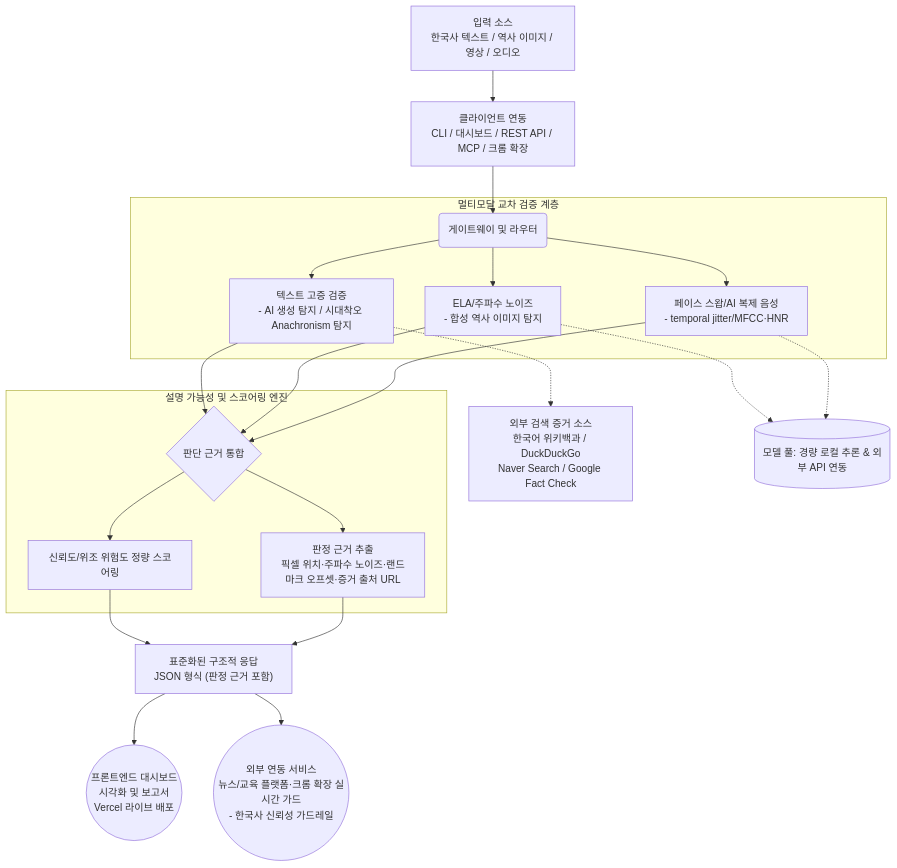
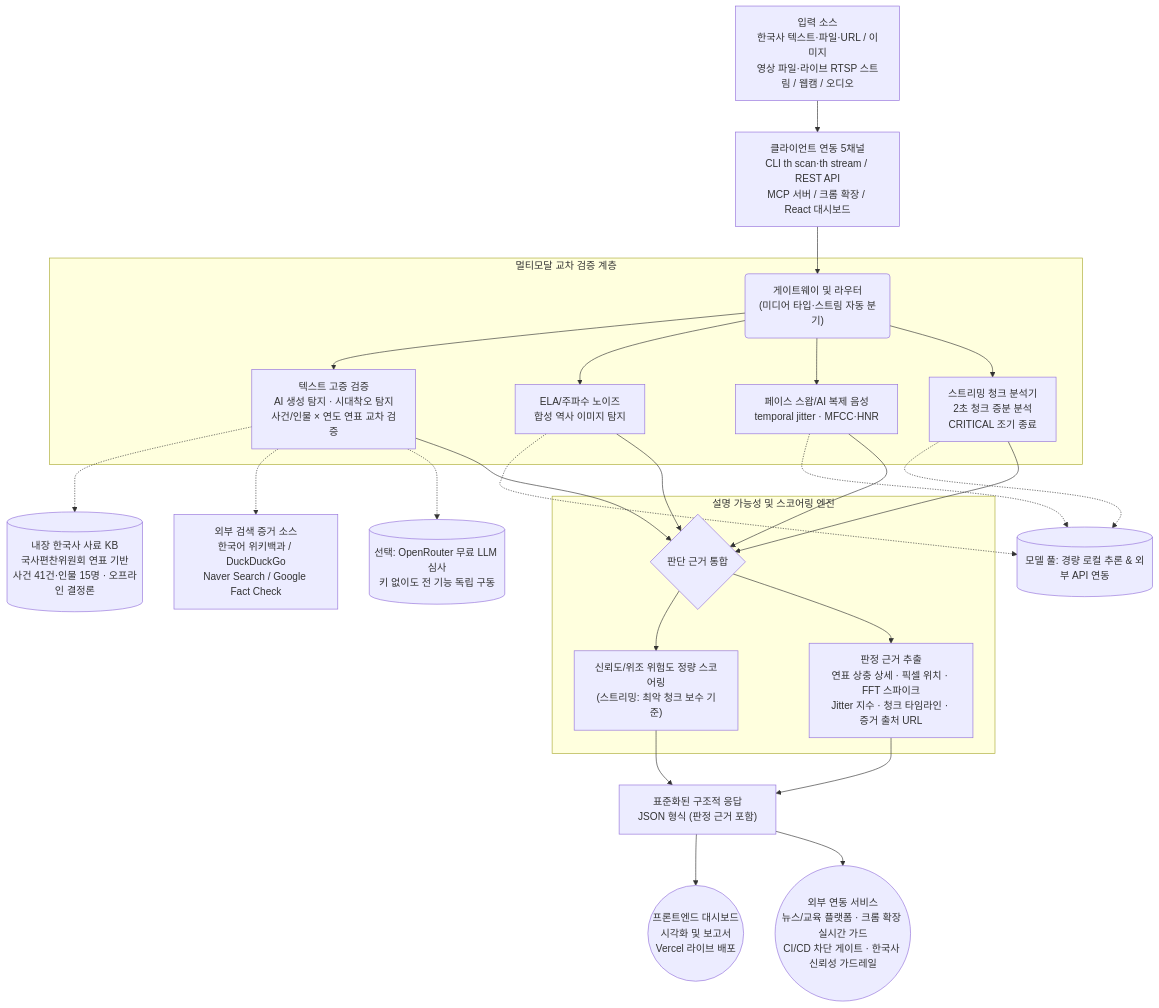
Before and after one commit to kimneche0419-rgb/TURTH_GUARD: the diagram in PROJECT_PIPELINE.md, drawn with Mermaid. The commit also changed other lines of this file, not shown here.

Commit message:
docs: 파이프라인을 현재 아키텍처로 업데이트 - 내장 한국사 사료 KB·스트리밍 청크 분석기·OpenRouter LLM 심사·5개 클라이언트 채널 반영 (mermaid v11 파싱 검증)

````diff
--- a/PROJECT_PIPELINE.md
+++ b/PROJECT_PIPELINE.md
@@ -31,40 +31,47 @@
 ```mermaid
 graph TD
     %% 1. 입출력 계층
-    Input[입력 소스\n한국사 텍스트 / 역사 이미지 / 영상 / 오디오]
-    Client[클라이언트 연동\nCLI / 대시보드 / REST API / MCP / 크롬 확장]
-    
+    Input["입력 소스<br/>한국사 텍스트·파일·URL / 이미지<br/>영상 파일·라이브 RTSP 스트림 / 웹캠 / 오디오"]
+    Client["클라이언트 연동 5채널<br/>CLI th scan·th stream / REST API<br/>MCP 서버 / 크롬 확장 / React 대시보드"]
+
     Input --> Client
-    
+
     %% 2. 게이트웨이 및 라우팅 계층
-    Client --> API_GW(게이트웨이 및 라우터)
-    
-    %% 3. 멀티모달 분석 계층 (Multimodal Analyzer)
+    Client --> API_GW("게이트웨이 및 라우터<br/>(미디어 타입·스트림 자동 분기)")
+
+    %% 3. 멀티모달 교차 검증 계층
     subgraph SG3["멀티모달 교차 검증 계층"]
-        API_GW --> Text_Mod[텍스트 고증 검증\n- AI 생성 탐지 / 시대착오 Anachronism 탐지]
-        API_GW --> Img_Mod[ELA/주파수 노이즈\n- 합성 역사 이미지 탐지]
-        API_GW --> Vid_Mod[페이스 스왑/AI 복제 음성\n- temporal jitter/MFCC·HNR]
+        API_GW --> Text_Mod["텍스트 고증 검증<br/>AI 생성 탐지 · 시대착오 탐지<br/>사건/인물 × 연도 연표 교차 검증"]
+        API_GW --> Img_Mod["ELA/주파수 노이즈<br/>합성 역사 이미지 탐지"]
+        API_GW --> Vid_Mod["페이스 스왑/AI 복제 음성<br/>temporal jitter · MFCC·HNR"]
+        API_GW --> Stream_Mod["스트리밍 청크 분석기<br/>2초 청크 증분 분석<br/>CRITICAL 조기 종료"]
     end
-    
-    %% 4. 외부/내부 모델 플러그인 계층
-    Evidence[외부 검색 증거 소스\n한국어 위키백과 / DuckDuckGo\nNaver Search / Google Fact Check]
+
+    %% 4. 증거·모델 플러그인 계층 (오프라인 우선)
+    KB[("내장 한국사 사료 KB<br/>국사편찬위원회 연표 기반<br/>사건 41건·인물 15명 · 오프라인 결정론")]
+    Evidence["외부 검색 증거 소스<br/>한국어 위키백과 / DuckDuckGo<br/>Naver Search / Google Fact Check"]
+    LLM_Judge[("선택: OpenRouter 무료 LLM 심사<br/>키 없이도 전 기능 독립 구동")]
+    Text_Mod -.-> KB
     Text_Mod -.-> Evidence
+    Text_Mod -.-> LLM_Judge
     Img_Mod -.-> Model_Pool[("모델 풀: 경량 로컬 추론 & 외부 API 연동")]
     Vid_Mod -.-> Model_Pool
-    
+    Stream_Mod -.-> Model_Pool
+
     %% 5. XAI 및 신뢰도 점수 산출 계층
     subgraph SG5["설명 가능성 및 스코어링 엔진"]
-        Text_Mod --> XAI_Engine{판단 근거 통합}
+        Text_Mod --> XAI_Engine{"판단 근거 통합"}
         Img_Mod --> XAI_Engine
         Vid_Mod --> XAI_Engine
-        XAI_Engine --> Score_Calc[신뢰도/위조 위험도 정량 스코어링]
-        XAI_Engine --> Evidence_Ext[판정 근거 추출\n픽셀 위치·주파수 노이즈·랜드마크 오프셋·증거 출처 URL]
+        Stream_Mod --> XAI_Engine
+        XAI_Engine --> Score_Calc["신뢰도/위조 위험도 정량 스코어링<br/>(스트리밍: 최악 청크 보수 기준)"]
+        XAI_Engine --> Evidence_Ext["판정 근거 추출<br/>연표 상충 상세 · 픽셀 위치 · FFT 스파이크<br/>Jitter 지수 · 청크 타임라인 · 증거 출처 URL"]
     end
-    
+
     %% 6. 결과 출력
     Score_Calc --> Output_JSON["표준화된 구조적 응답<br/>JSON 형식 (판정 근거 포함)"]
     Evidence_Ext --> Output_JSON
-    
-    Output_JSON --> Dashboard((프론트엔드 대시보드\n시각화 및 보고서\nVercel 라이브 배포))
-    Output_JSON --> External_App((외부 연동 서비스\n뉴스/교육 플랫폼·크롬 확장 실시간 가드\n- 한국사 신뢰성 가드레일))
+
+    Output_JSON --> Dashboard(("프론트엔드 대시보드<br/>시각화 및 보고서<br/>Vercel 라이브 배포"))
+    Output_JSON --> External_App(("외부 연동 서비스<br/>뉴스/교육 플랫폼 · 크롬 확장 실시간 가드<br/>CI/CD 차단 게이트 · 한국사 신뢰성 가드레일"))
 ```
````
